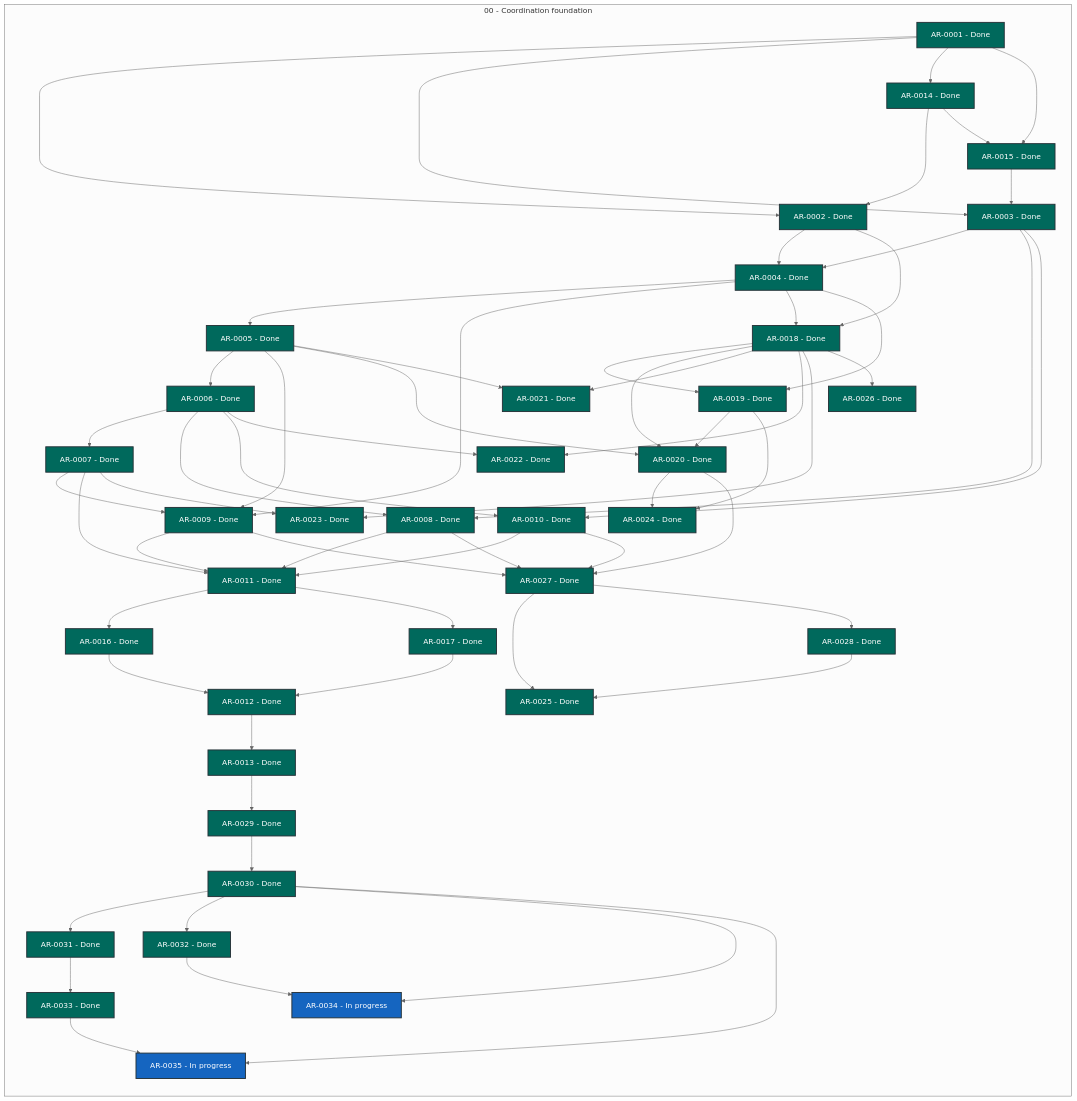
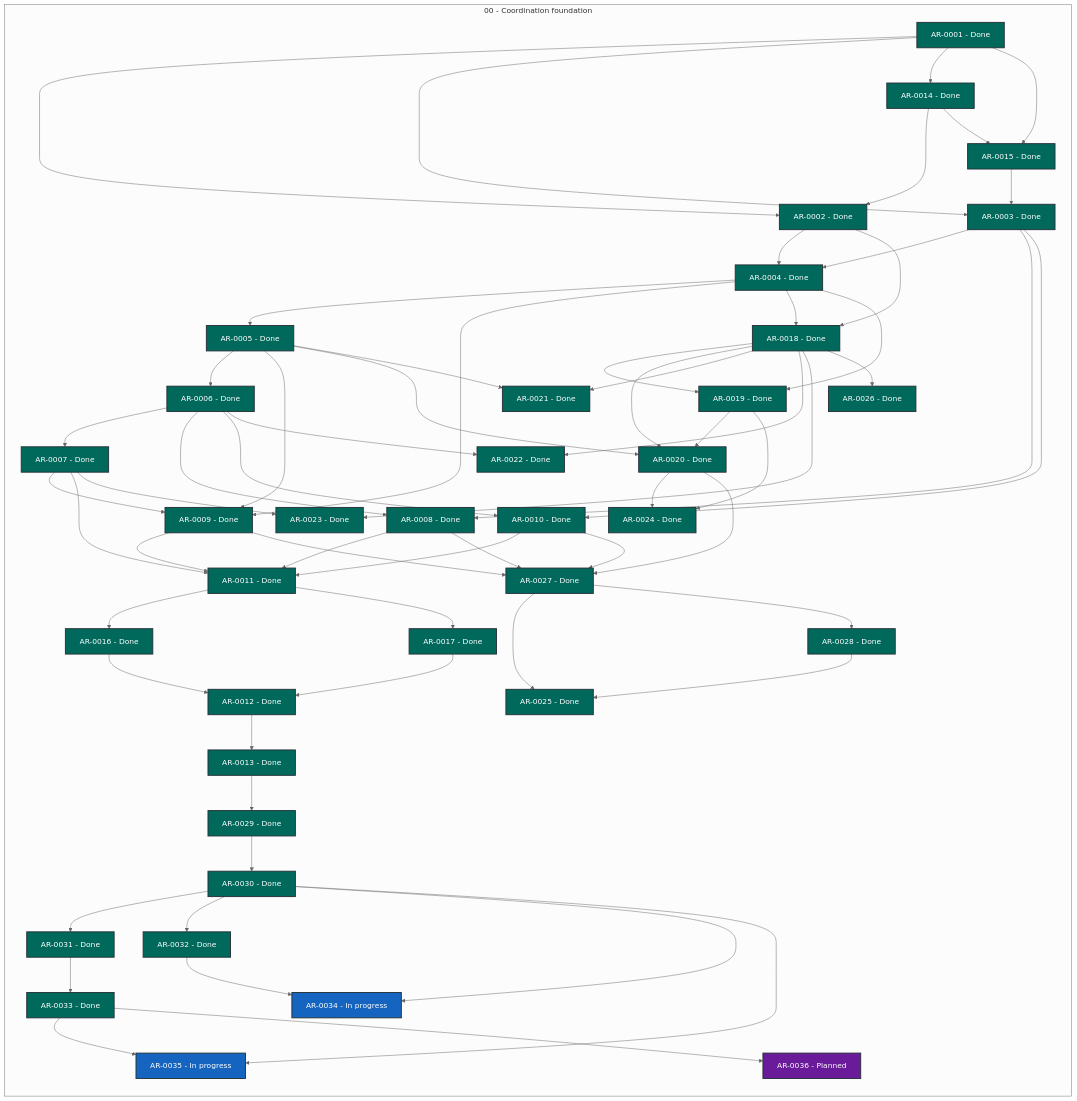
One commit to martin-beck/agent-workflow-tui-state changed the diagram in STATUS.md. Above: the diagram before and after it, drawn with Mermaid (neutral theme). The commit also changed other lines of this file and 2 other files, not shown here.

```diff
--- a/STATUS.md
+++ b/STATUS.md
@@ -63,6 +63,7 @@
         AR_0033["AR-0033 - Done"]:::status_done
         AR_0034["AR-0034 - In progress"]:::status_in_progress
         AR_0035["AR-0035 - In progress"]:::status_in_progress
+        AR_0036["AR-0036 - Planned"]:::status_planned
     end
     AR_0001 --> AR_0002
     AR_0001 --> AR_0003
@@ -124,6 +125,7 @@
     AR_0031 --> AR_0033
     AR_0032 --> AR_0034
     AR_0033 --> AR_0035
+    AR_0033 --> AR_0036
     classDef status_in_progress fill:#1565c0,color:#ffffff,stroke:#263238,stroke-width:2px
     classDef status_open fill:#2e7d32,color:#ffffff,stroke:#263238,stroke-width:2px
     classDef status_blocked fill:#c62828,color:#ffffff,stroke:#263238,stroke-width:2px
```
